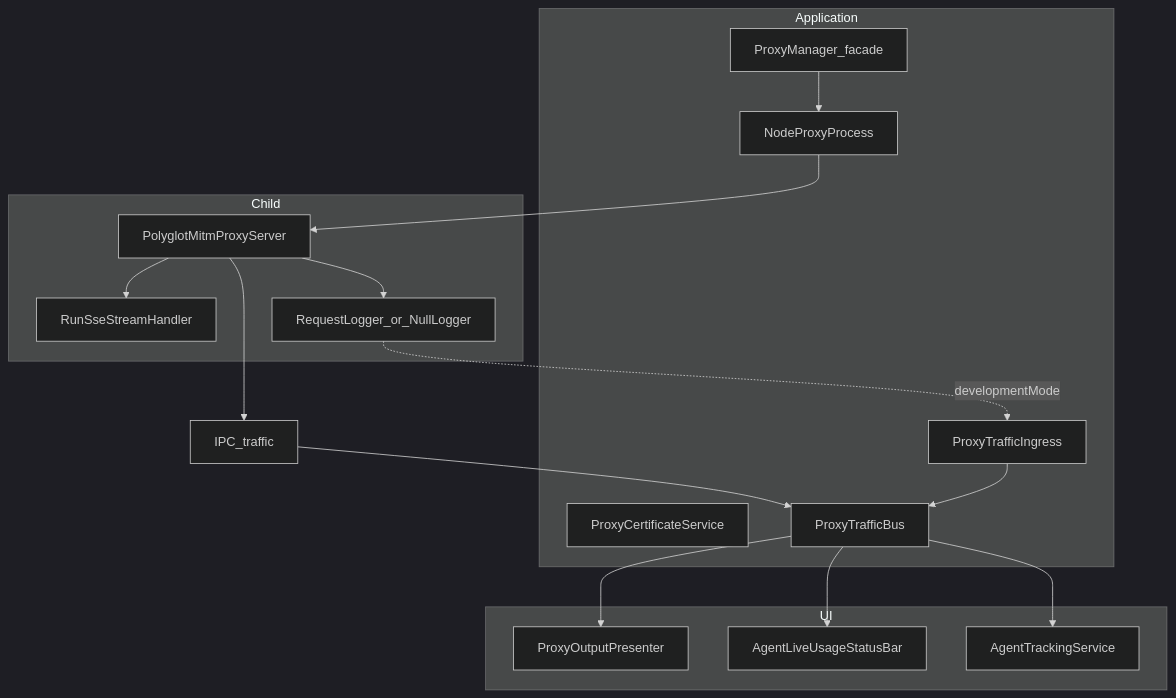
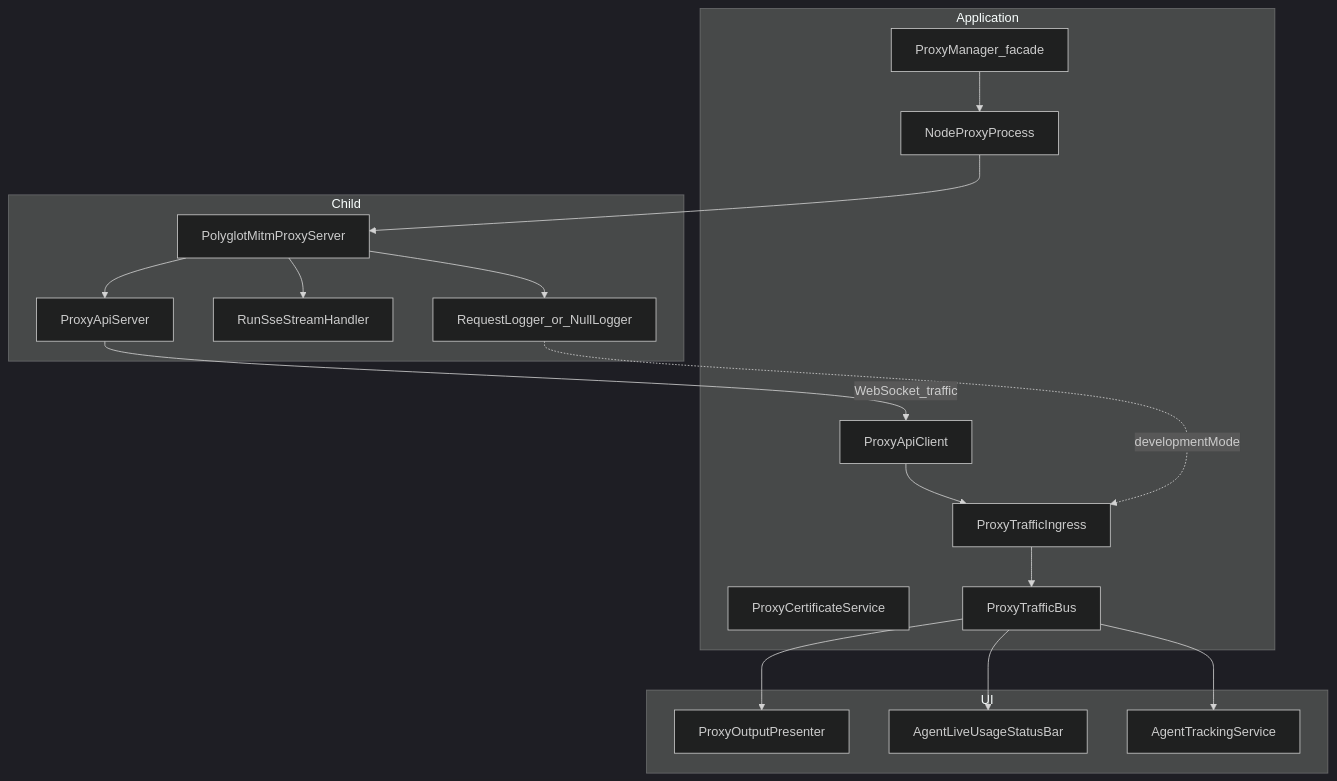
Before and after one commit to vypdev/cursor-accounts: the fifth of 6 diagrams in docs/ARCHITECTURE.md, drawn with Mermaid (dark theme). The commit also changed other lines of this file and 44 other files, not shown here.

First line of the commit message:
Enhance proxy API integration and configuration options

````diff
--- a/docs/ARCHITECTURE.md
+++ b/docs/ARCHITECTURE.md
@@ -343,31 +343,34 @@
 ```mermaid
 flowchart TB
   subgraph Application
     PM[ProxyManager_facade]
     PP[NodeProxyProcess]
+    AC[ProxyApiClient]
     CB[ProxyCertificateService]
     TB[ProxyTrafficBus]
     TI[ProxyTrafficIngress]
   end
   subgraph Child
     MITM[PolyglotMitmProxyServer]
+    API[ProxyApiServer]
     RSSE[RunSseStreamHandler]
     LOG[RequestLogger_or_NullLogger]
   end
   subgraph UI
     OUT[ProxyOutputPresenter]
     BAR[AgentLiveUsageStatusBar]
     AT[AgentTrackingService]
   end
   PM --> PP
   PP --> MITM
+  MITM --> API
   MITM --> RSSE
   MITM --> LOG
-  MITM --> IPC[IPC_traffic]
-  IPC --> TB
+  API -->|WebSocket_traffic| AC
+  AC --> TI
   LOG -.->|developmentMode| TI
   TI --> TB
   TB --> AT
   TB --> OUT
   TB --> BAR
 ```
````
